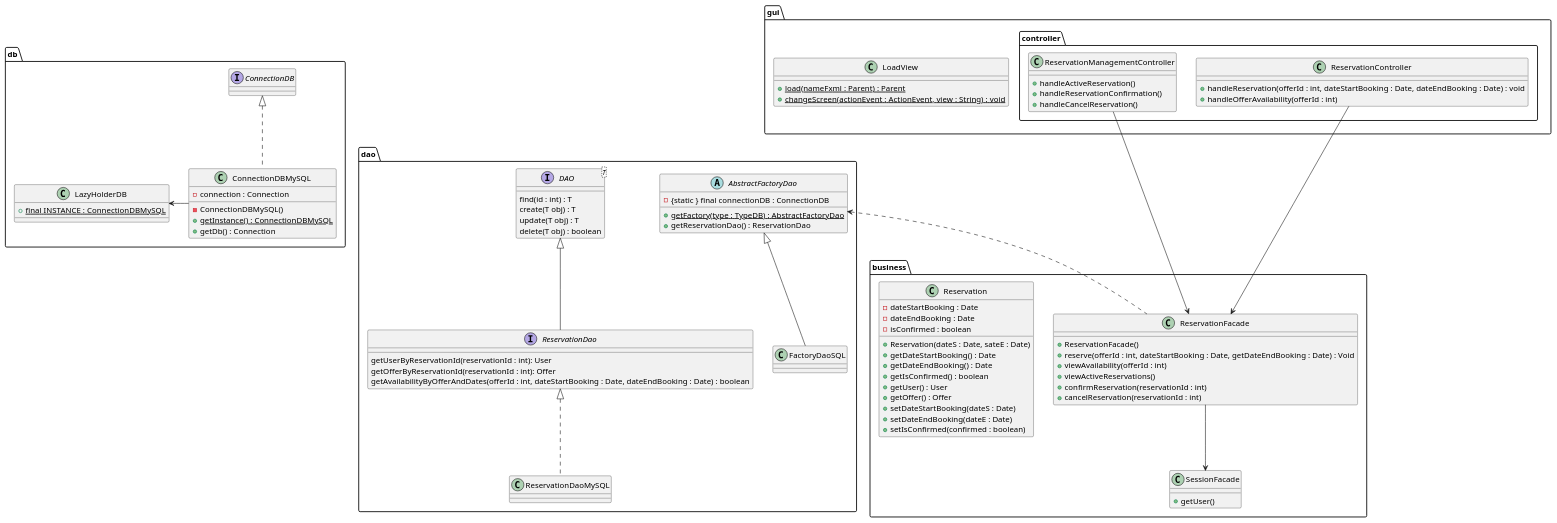
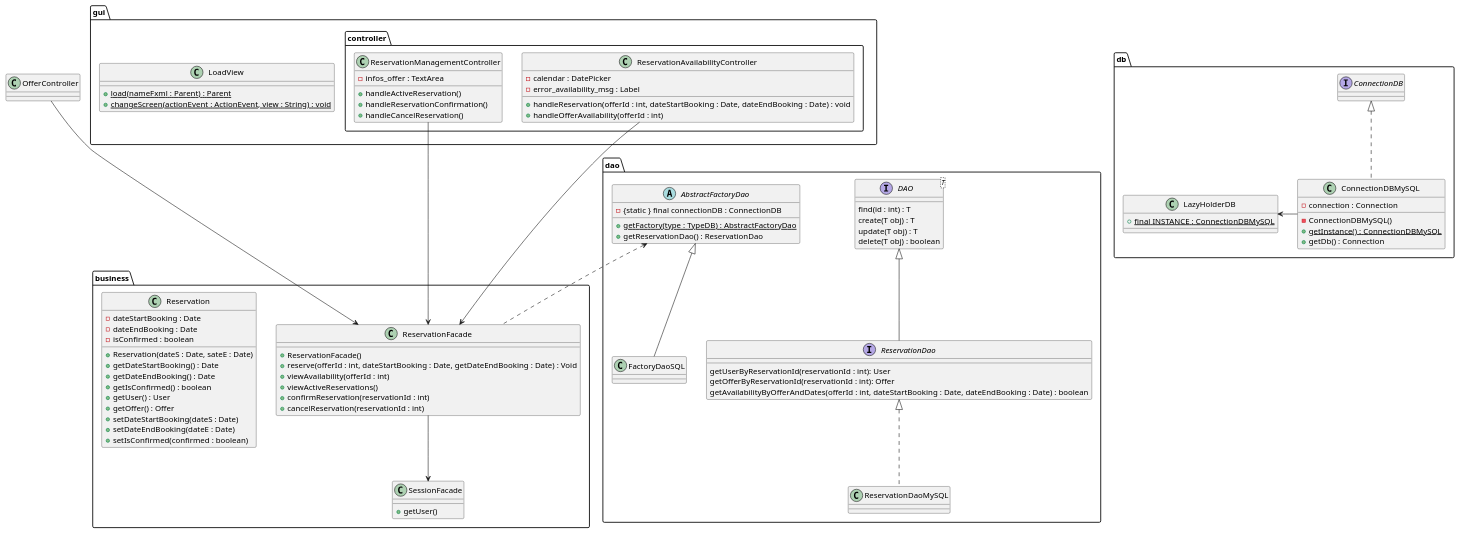
Before and after one commit to LaunoisRemy/ToolShare: the diagram in documents/diagram/reservation/reservationClass.puml, drawn with PlantUML.

Commit message:
UPDATE : controllers in reservation class diagram with

```diff
--- a/documents/diagram/reservation/reservationClass.puml
+++ b/documents/diagram/reservation/reservationClass.puml
@@ -1,109 +1,114 @@
 @startuml
 
 package dao {
 
 
     interface ReservationDao{
         getUserByReservationId(reservationId : int): User
         getOfferByReservationId(reservationId : int): Offer
         getAvailabilityByOfferAndDates(offerId : int, dateStartBooking : Date, dateEndBooking : Date) : boolean
     }
     class ReservationDaoMySQL
     AbstractFactoryDao <|-- FactoryDaoSQL
     ReservationDao <|.. ReservationDaoMySQL
 
     interface DAO<T>{
         find(id : int) : T
         create(T obj) : T
         update(T obj) : T
         delete(T obj) : boolean
     }
 
     abstract AbstractFactoryDao{
         - {static } final connectionDB : ConnectionDB
         + {static} getFactory(type : TypeDB) : AbstractFactoryDao
         + getReservationDao() : ReservationDao
     }
 
     class FactoryDaoSQL{
     }
 
 
     DAO <|-- ReservationDao
 }
 package db{
     class ConnectionDBMySQL{
         - connection : Connection
         - ConnectionDBMySQL()
         + {static} getInstance() : ConnectionDBMySQL
         + getDb() : Connection
     }
 
     class LazyHolderDB{
         + {static} final INSTANCE : ConnectionDBMySQL
     }
     interface ConnectionDB
     ConnectionDBMySQL -Left-> LazyHolderDB
     ConnectionDBMySQL .up.|> ConnectionDB
 
 }
 package business{
     class SessionFacade{
             + getUser()
         }
 
     class ReservationFacade{
         + ReservationFacade()
         + reserve(offerId : int, dateStartBooking : Date, getDateEndBooking : Date) : Void
         + viewAvailability(offerId : int)
         + viewActiveReservations()
         + confirmReservation(reservationId : int)
         + cancelReservation(reservationId : int)
     }
 
     class Reservation{
         -dateStartBooking : Date
         -dateEndBooking : Date
         -isConfirmed : boolean
         +Reservation(dateS : Date, sateE : Date)
         +getDateStartBooking() : Date
         +getDateEndBooking() : Date
         +getIsConfirmed() : boolean
         +getUser() : User
         +getOffer() : Offer
         +setDateStartBooking(dateS : Date)
         +setDateEndBooking(dateE : Date)
         +setIsConfirmed(confirmed : boolean)
     }
     ReservationFacade --> SessionFacade
 
 }
 
 package gui{
 
     class LoadView{
         + {static} load(nameFxml : Parent) : Parent
         + {static} changeScreen(actionEvent : ActionEvent, view : String) : void
     }
 
     package controller{
-        class ReservationController{
+        class ReservationAvailabilityController{
+            - calendar : DatePicker
+            - error_availability_msg : Label
             + handleReservation(offerId : int, dateStartBooking : Date, dateEndBooking : Date) : void
             + handleOfferAvailability(offerId : int)
         }
 
         class ReservationManagementController{
+            - infos_offer : TextArea
             + handleActiveReservation()
             + handleReservationConfirmation()
             + handleCancelReservation()
         }
 
     }
 }
-ReservationFacade <--Up- ReservationController
+
+ReservationFacade <--Up- ReservationAvailabilityController
+ReservationFacade <--Up- OfferController
 ReservationFacade <--Up- ReservationManagementController
 ReservationFacade .Up.> AbstractFactoryDao
 
 
 
 @enduml
```
